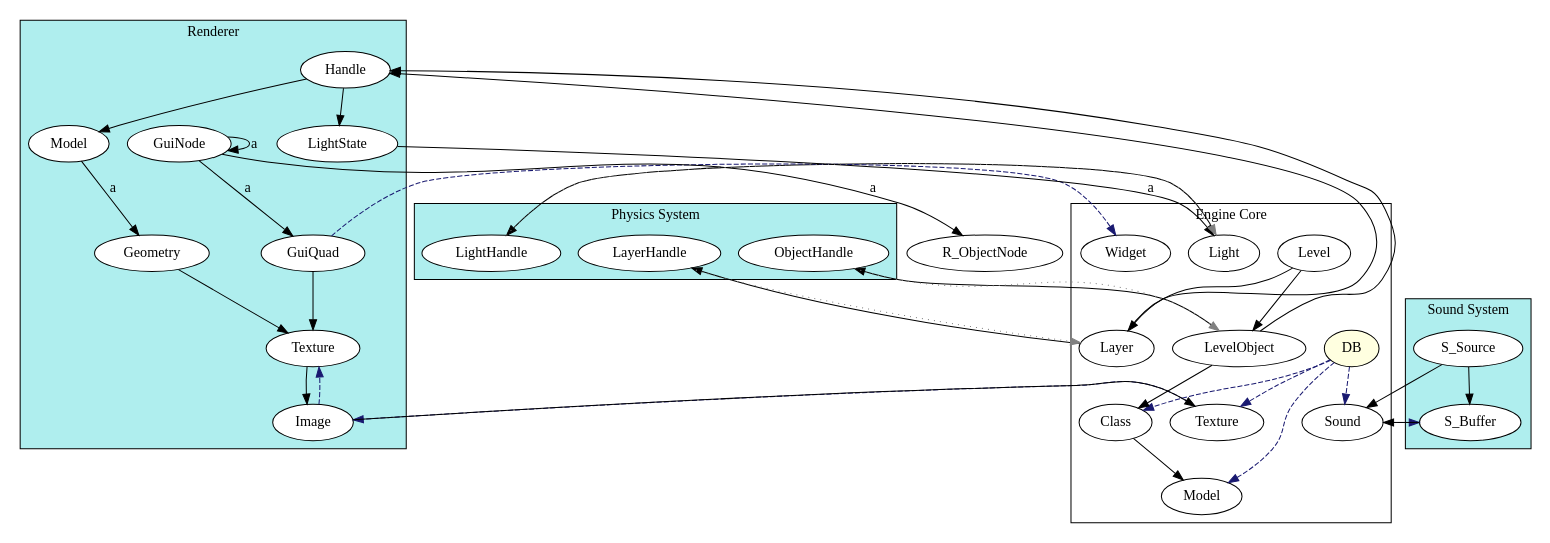
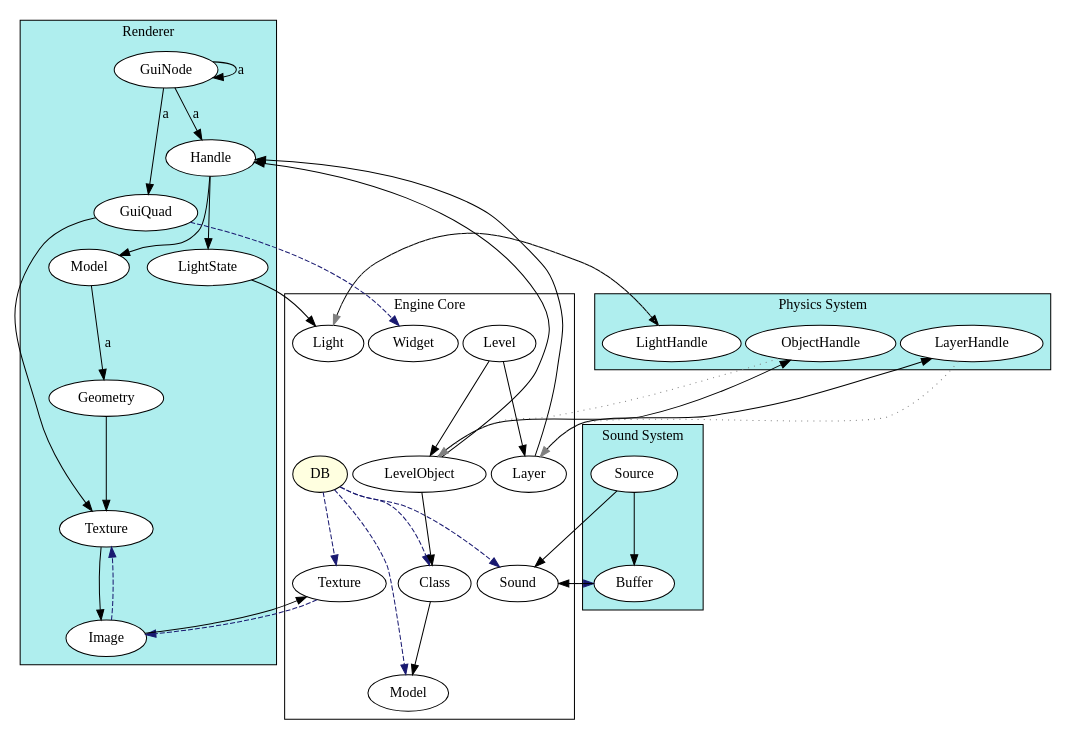
One commit to Zalasus/opendrakan changed the diagram in doc/od_ownership.gv. Above: the diagram before and after it, drawn with Graphviz. The commit also changed 3 other files, not shown here.

```diff
--- a/doc/od_ownership.gv
+++ b/doc/od_ownership.gv
@@ -1,132 +1,132 @@
 
 /*
  * A DOT graph representing shared ownership relations in OpenDrakan.
  *
  * Strong references are marked by solid, black arrows.
  * Weak references are marked by dashed, blue arrows.
  * Non-owning references are marked by dotted, gray arrows.
  */
 
 digraph od_ownership
 {
     subgraph cluster_core
     {
         graph [label="Engine Core"];
 
         DB [style=filled, fillcolor=LightYellow];
         Class;
         Texture;
         Model;
         Sound;
         Level;
         LevelObject;
         Layer;
         Widget;
         Light;
     }
 
     subgraph cluster_renderer
     {
         graph [label="Renderer", style=filled, fillcolor=PaleTurquoise];
         node [style=filled, fillcolor=white];
 
         R_Handle [label="Handle"];
         R_Model [label="Model"];
         R_Geometry [label="Geometry"];
         R_Texture [label="Texture"];
         R_Image [label="Image"];
         R_GuiQuad [label="GuiQuad"];
         R_GuiNode [label="GuiNode"];
         R_LightState [label="LightState"];        
     }
 
     subgraph cluster_physics
     {
         graph [label="Physics System", style=filled, fillcolor=PaleTurquoise];
         node [style=filled, fillcolor=white];
 
         P_ObjectHandle [label="ObjectHandle"];
         P_LayerHandle [label="LayerHandle"];
         P_LightHandle [label="LightHandle"];        
     }
 
     subgraph cluster_sound
     {
         graph [label="Sound System", style=filled, fillcolor=PaleTurquoise];
         node [style=filled, fillcolor=white];
         
-        S_Buffer;
-        S_Source;
+        S_Buffer [label="Buffer"];
+        S_Source [label="Source"];
     }
     
 
     // non-owning references
     edge [style=dotted, color=gray]
     {
         P_ObjectHandle -> LevelObject;
 
         P_LightHandle -> Light;
 
         P_LayerHandle -> Layer;
     }
 
     // weak references
     edge [style = dashed, color=MidnightBlue]
     {
         DB -> Class;
         DB -> Texture;
         DB -> Model;
         DB -> Sound;
 
         Texture -> R_Image;
 
         R_Image -> R_Texture;
 
         R_GuiQuad -> Widget;
         
         Sound -> S_Buffer;
     }
 
     // strong references
     edge [style = solid, color=black]
     {
         Class -> Model;
 
         Level -> LevelObject;
         Level -> Layer;
 
         LevelObject -> Class;
         LevelObject -> R_Handle;
         LevelObject -> P_ObjectHandle;
         
         Layer -> R_Handle;
         Layer -> P_LayerHandle;
         
         Light -> P_LightHandle;
 
         R_Handle -> R_Model;
         R_Handle -> R_LightState;
 
         R_Model -> R_Geometry [label=a];
 
         R_Geometry -> R_Texture;
 
         R_Texture -> R_Image;
 
         R_Image -> Texture;
 
         R_GuiQuad -> R_Texture;
 
         R_GuiNode -> R_GuiNode [label=a];
         R_GuiNode -> R_GuiQuad [label=a];
-        R_GuiNode -> R_ObjectNode [label=a];
+        R_GuiNode -> R_Handle [label=a];
 
         R_LightState -> Light [label=a];
         
         S_Buffer -> Sound;
         
         S_Source -> S_Buffer;
         S_Source -> Sound;
     }
 
 }
```
